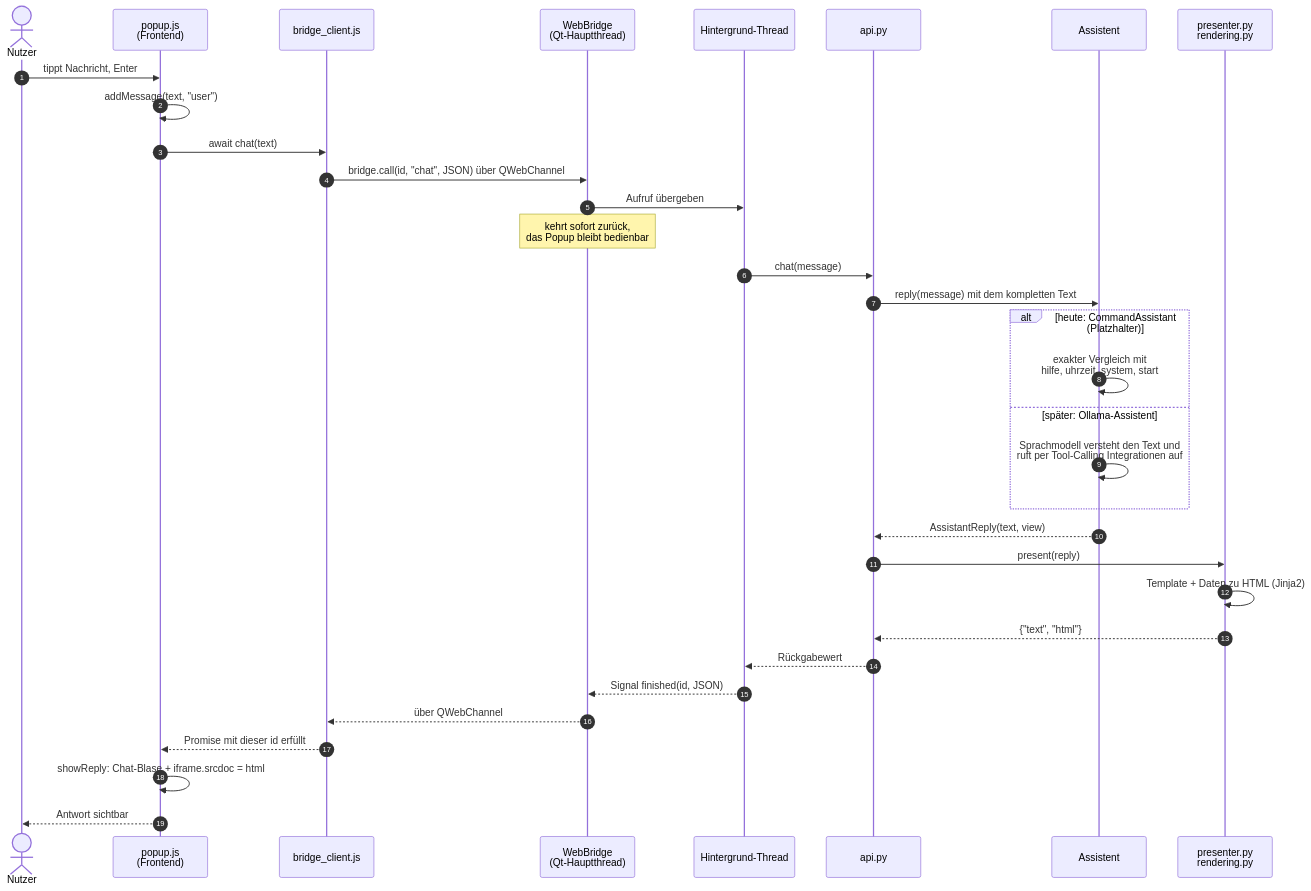
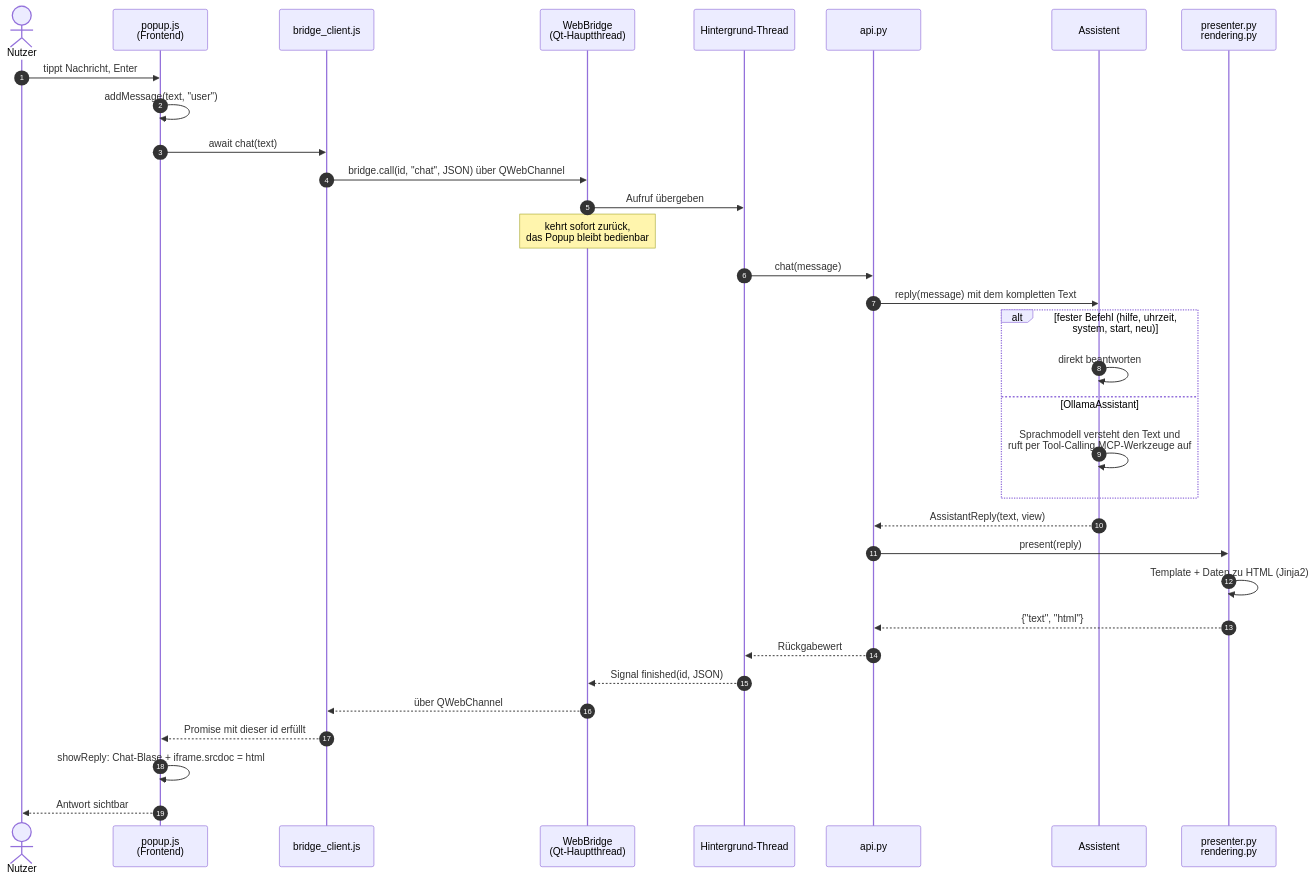
Before and after one commit to adiiii789/SWE_II_PDA: the diagram in ARCHITEKTUR.md, drawn with Mermaid. The commit also changed other lines of this file and 1 other file, not shown here.

Commit message:
README und Architektur um Ollama, MCP und Anhänge ergänzen

````diff
--- a/ARCHITEKTUR.md
+++ b/ARCHITEKTUR.md
@@ -328,36 +344,36 @@
 ```mermaid
 sequenceDiagram
     autonumber
     actor U as Nutzer
     participant JS as popup.js<br/>(Frontend)
     participant BC as bridge_client.js
     participant WB as WebBridge<br/>(Qt-Hauptthread)
     participant T as Hintergrund-Thread
     participant API as api.py
     participant A as Assistent
     participant P as presenter.py<br/>rendering.py
 
     U->>JS: tippt Nachricht, Enter
     JS->>JS: addMessage(text, "user")
     JS->>BC: await chat(text)
     BC->>WB: bridge.call(id, "chat", JSON) über QWebChannel
     WB->>T: Aufruf übergeben
     Note over WB: kehrt sofort zurück,<br/>das Popup bleibt bedienbar
     T->>API: chat(message)
     API->>A: reply(message) mit dem kompletten Text
-    alt heute: CommandAssistant (Platzhalter)
-        A->>A: exakter Vergleich mit<br/>hilfe, uhrzeit, system, start
-    else später: Ollama-Assistent
-        A->>A: Sprachmodell versteht den Text und<br/>ruft per Tool-Calling Integrationen auf
+    alt fester Befehl (hilfe, uhrzeit, system, start, neu)
+        A->>A: direkt beantworten
+    else OllamaAssistant
+        A->>A: Sprachmodell versteht den Text und<br/>ruft per Tool-Calling MCP-Werkzeuge auf
     end
     A-->>API: AssistantReply(text, view)
     API->>P: present(reply)
     P->>P: Template + Daten zu HTML (Jinja2)
     P-->>API: {"text", "html"}
     API-->>T: Rückgabewert
     T-->>WB: Signal finished(id, JSON)
     WB-->>BC: über QWebChannel
     BC-->>JS: Promise mit dieser id erfüllt
     JS->>JS: showReply: Chat-Blase + iframe.srcdoc = html
     JS-->>U: Antwort sichtbar
 ```
````
